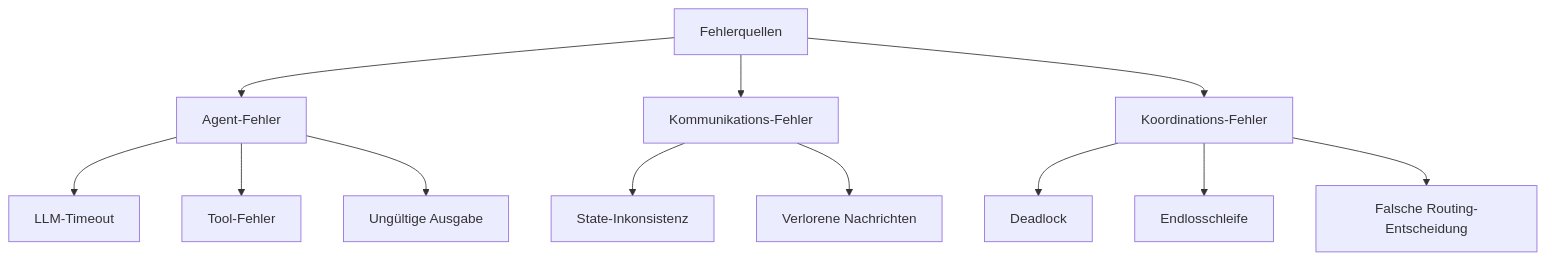
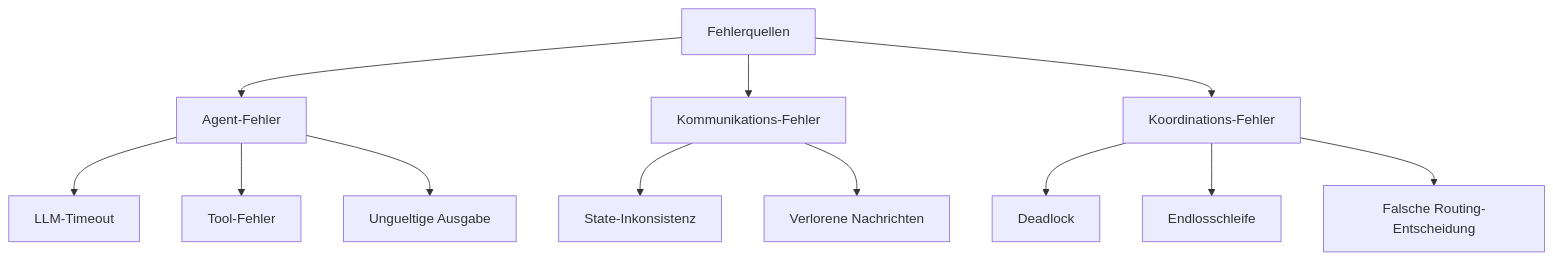
One commit to ralf-42/Agenten changed the sixth of 7 diagrams in docs/concepts/Multi_Agent_Systeme.md. Above: the diagram before and after it, drawn with Mermaid. The commit also changed other lines of this file, not shown here.

```diff
--- a/docs/concepts/Multi_Agent_Systeme.md
+++ b/docs/concepts/Multi_Agent_Systeme.md
@@ -476,17 +476,17 @@
 <div class="mermaid">
 flowchart TD
     E[Fehlerquellen] --> E1[Agent-Fehler]
     E --> E2[Kommunikations-Fehler]
     E --> E3[Koordinations-Fehler]
     
     E1 --> E1a[LLM-Timeout]
     E1 --> E1b[Tool-Fehler]
-    E1 --> E1c[Ungültige Ausgabe]
+    E1 --> E1c[Ungueltige Ausgabe]
     
     E2 --> E2a[State-Inkonsistenz]
     E2 --> E2b[Verlorene Nachrichten]
     
     E3 --> E3a[Deadlock]
     E3 --> E3b[Endlosschleife]
     E3 --> E3c[Falsche Routing-Entscheidung]
 </div>
```
